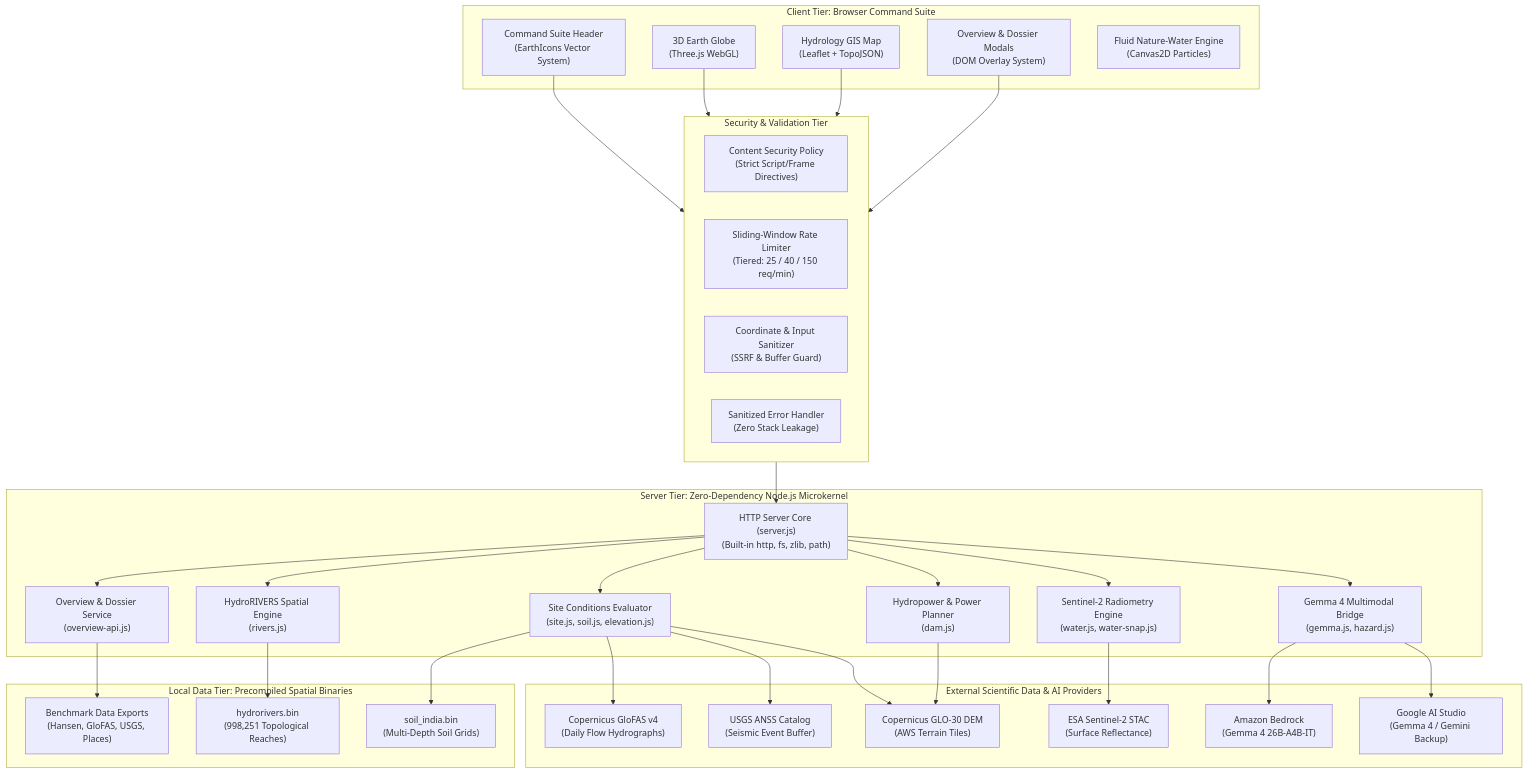
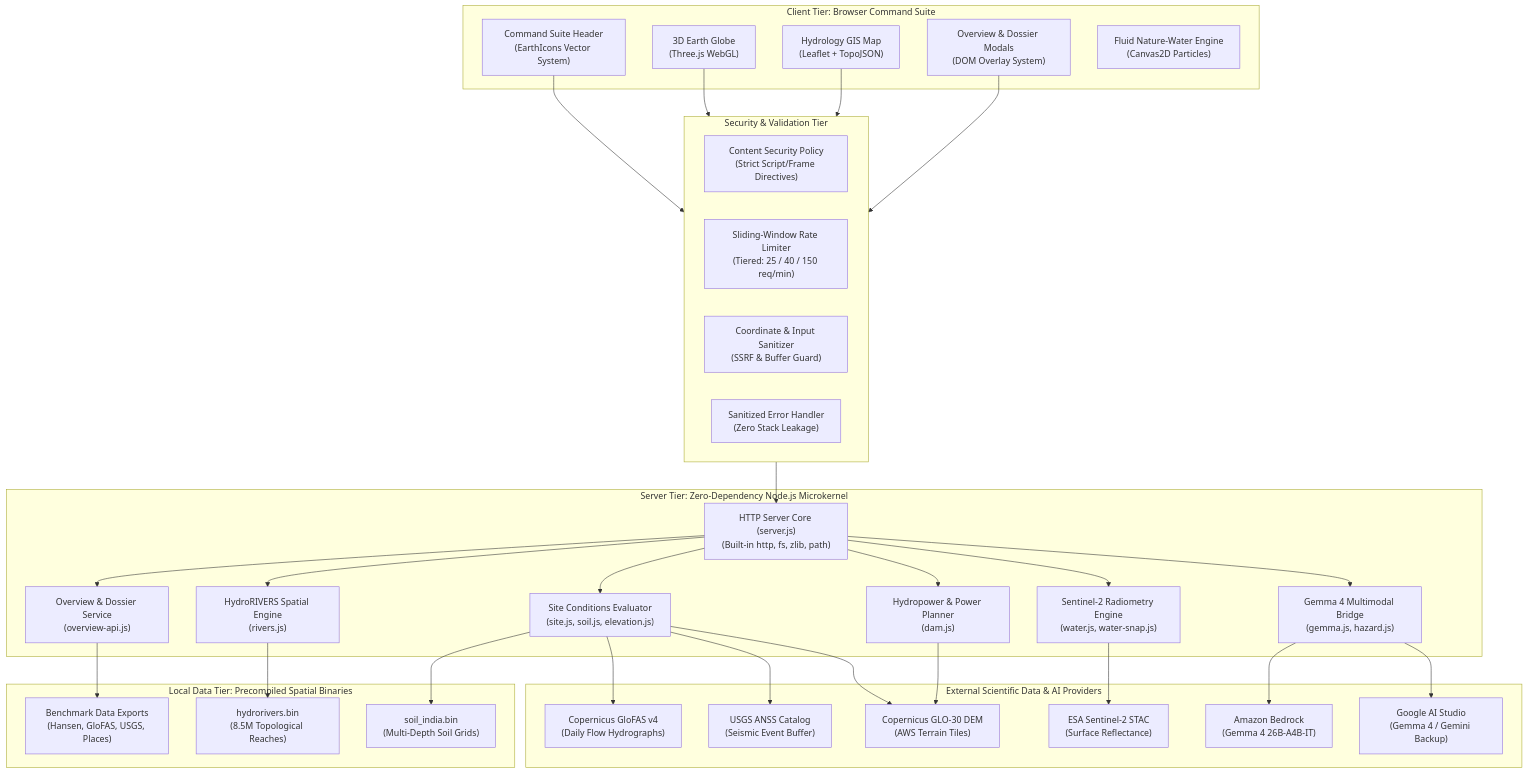
The first of 2 diagrams in README.md (dr5t/Earth-Intelligence), drawn with Mermaid before and after one commit. The commit also changed other lines of this file and 26 other files, not shown here.

Commit message:
refactor: update UI color palette and add custom asset icons and architecture graphics

````diff
--- a/README.md
+++ b/README.md
@@ -215,67 +228,67 @@
 ```mermaid
 graph TB
     subgraph Client ["Client Tier: Browser Command Suite"]
         Header["Command Suite Header<br/>(EarthIcons Vector System)"]
         Globe["3D Earth Globe<br/>(Three.js WebGL)"]
         RiverMap["Hydrology GIS Map<br/>(Leaflet + TopoJSON)"]
         HUD["Overview & Dossier Modals<br/>(DOM Overlay System)"]
         TransitionEngine["Fluid Nature-Water Engine<br/>(Canvas2D Particles)"]
     end
 
     subgraph Security ["Security & Validation Tier"]
         CSP["Content Security Policy<br/>(Strict Script/Frame Directives)"]
         RateLimiter["Sliding-Window Rate Limiter<br/>(Tiered: 25 / 40 / 150 req/min)"]
         Sanitizer["Coordinate & Input Sanitizer<br/>(SSRF & Buffer Guard)"]
         ErrorHandler["Sanitized Error Handler<br/>(Zero Stack Leakage)"]
     end
 
     subgraph Server ["Server Tier: Zero-Dependency Node.js Microkernel"]
         ServerCore["HTTP Server Core (server.js)<br/>(Built-in http, fs, zlib, path)"]
         OverviewAPI["Overview & Dossier Service<br/>(overview-api.js)"]
         RiversAPI["HydroRIVERS Spatial Engine<br/>(rivers.js)"]
         SiteAPI["Site Conditions Evaluator<br/>(site.js, soil.js, elevation.js)"]
         DamAPI["Hydropower & Power Planner<br/>(dam.js)"]
         WaterAPI["Sentinel-2 Radiometry Engine<br/>(water.js, water-snap.js)"]
         GemmaBridge["Gemma 4 Multimodal Bridge<br/>(gemma.js, hazard.js)"]
     end
 
     subgraph SpatialData ["Local Data Tier: Precompiled Spatial Binaries"]
-        HydroBin["hydrorivers.bin<br/>(998,251 Topological Reaches)"]
+        HydroBin["hydrorivers.bin<br/>(8.5M Topological Reaches)"]
         SoilBin["soil_india.bin<br/>(Multi-Depth Soil Grids)"]
         CSVData["Benchmark Data Exports<br/>(Hansen, GloFAS, USGS, Places)"]
     end
 
     subgraph ExternalProviders ["External Scientific Data & AI Providers"]
         GloFAS["Copernicus GloFAS v4<br/>(Daily Flow Hydrographs)"]
         USGS["USGS ANSS Catalog<br/>(Seismic Event Buffer)"]
         CopernicusDEM["Copernicus GLO-30 DEM<br/>(AWS Terrain Tiles)"]
         SentinelSTAC["ESA Sentinel-2 STAC<br/>(Surface Reflectance)"]
         Bedrock["Amazon Bedrock<br/>(Gemma 4 26B-A4B-IT)"]
         AIStudio["Google AI Studio<br/>(Gemma 4 / Gemini Backup)"]
     end
 
     Header --> Security
     Globe --> Security
     RiverMap --> Security
     HUD --> Security
 
     Security --> ServerCore
 
     ServerCore --> OverviewAPI
     ServerCore --> RiversAPI
     ServerCore --> SiteAPI
     ServerCore --> DamAPI
     ServerCore --> WaterAPI
     ServerCore --> GemmaBridge
 
     OverviewAPI --> CSVData
     RiversAPI --> HydroBin
     SiteAPI --> SoilBin
     SiteAPI --> GloFAS
     SiteAPI --> USGS
     SiteAPI --> CopernicusDEM
     DamAPI --> CopernicusDEM
     WaterAPI --> SentinelSTAC
     GemmaBridge --> Bedrock
     GemmaBridge --> AIStudio
 ```
````
